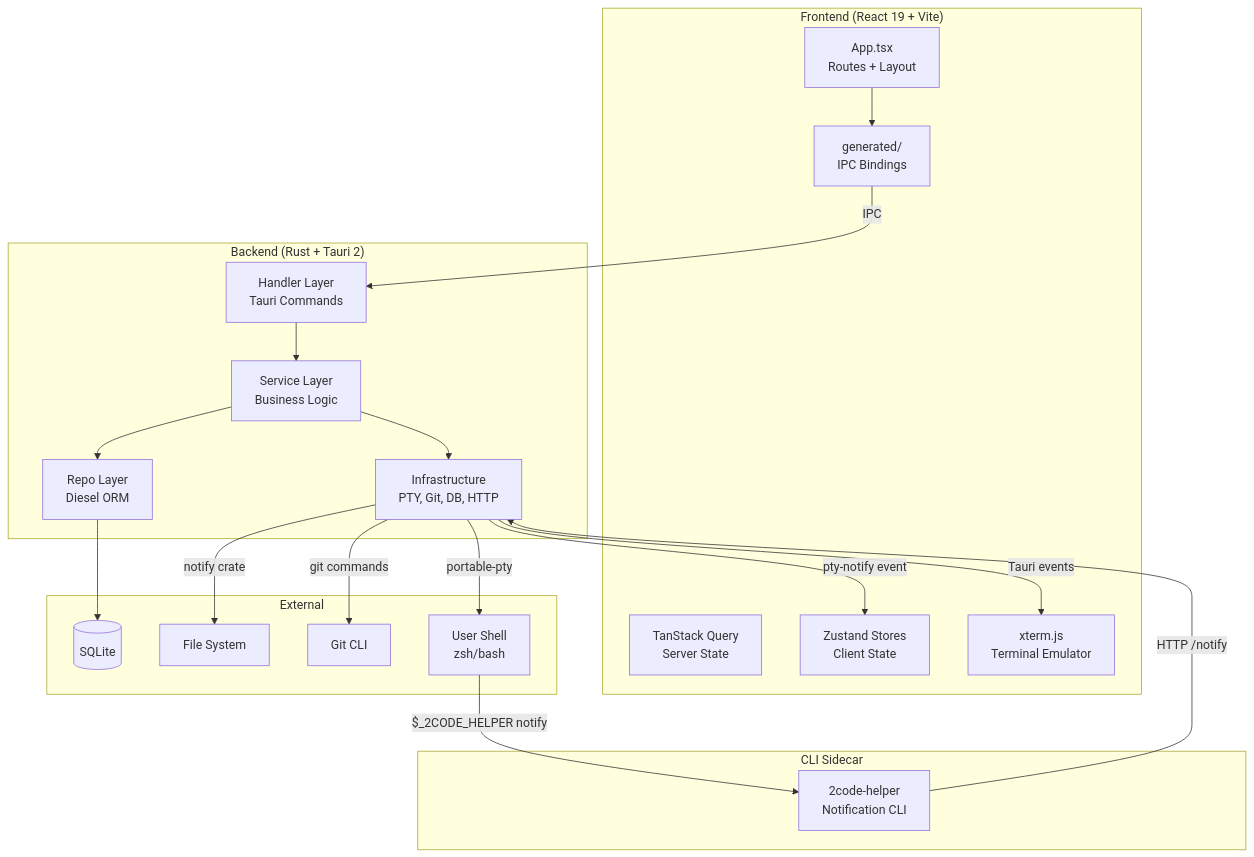
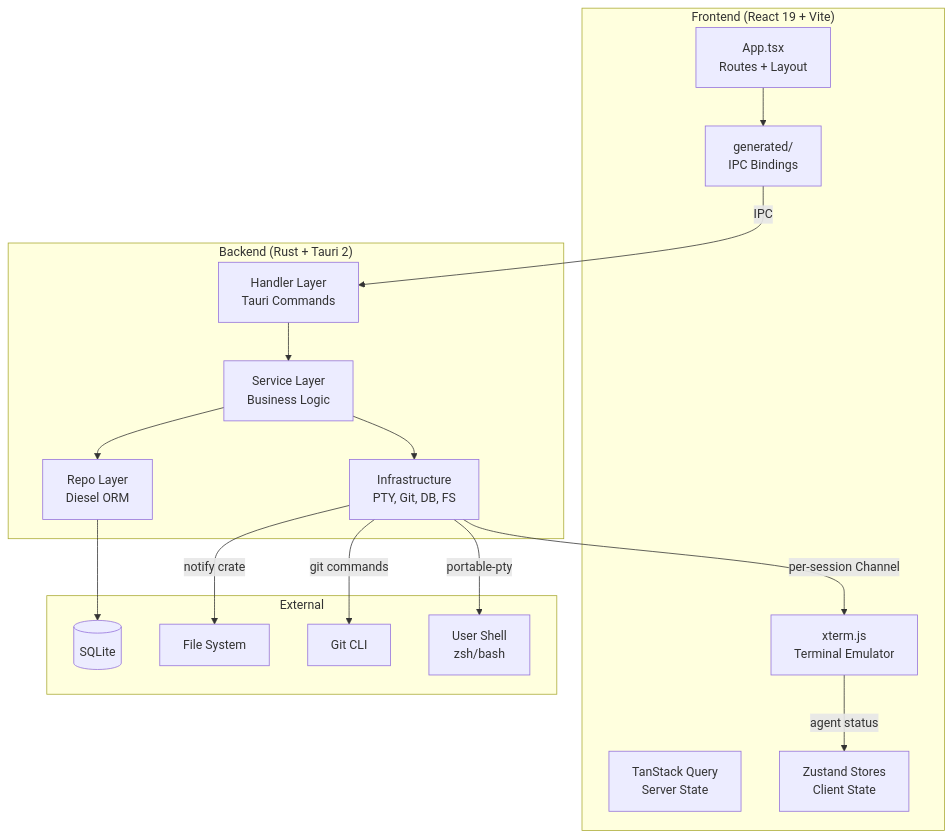
Before and after one commit to AkaraChen/2code: the diagram in docs/architecture.md, drawn with Mermaid. The commit also changed other lines of this file and 5 other files, not shown here.

Commit message:
docs: align pty storage architecture

````diff
--- a/docs/architecture.md
+++ b/docs/architecture.md
@@ -5,42 +5,36 @@
 ```mermaid
 graph TD
     subgraph Frontend ["Frontend (React 19 + Vite)"]
         App[App.tsx<br/>Routes + Layout]
         TQ[TanStack Query<br/>Server State]
         ZS[Zustand Stores<br/>Client State]
         XT[xterm.js<br/>Terminal Emulator]
         Gen[generated/<br/>IPC Bindings]
     end
 
     subgraph Backend ["Backend (Rust + Tauri 2)"]
         H[Handler Layer<br/>Tauri Commands]
         S[Service Layer<br/>Business Logic]
         R[Repo Layer<br/>Diesel ORM]
-        I[Infrastructure<br/>PTY, Git, DB, HTTP]
-    end
-
-    subgraph Sidecar ["CLI Sidecar"]
-        Helper[2code-helper<br/>Notification CLI]
+        I[Infrastructure<br/>PTY, Git, DB, FS]
     end
 
     subgraph External ["External"]
         DB[(SQLite)]
         FS[File System]
         Git[Git CLI]
         Shell[User Shell<br/>zsh/bash]
     end
 
     App --> Gen
     Gen -->|IPC| H
     H --> S
     S --> R
     S --> I
     R --> DB
     I -->|portable-pty| Shell
     I -->|git commands| Git
     I -->|notify crate| FS
-    Shell -->|$_2CODE_HELPER notify| Helper
-    Helper -->|HTTP /notify| I
-    I -->|Tauri events| XT
-    I -->|pty-notify event| ZS
+    I -->|per-session Channel<ArrayBuffer>| XT
+    XT -->|agent status| ZS
 ```
````
